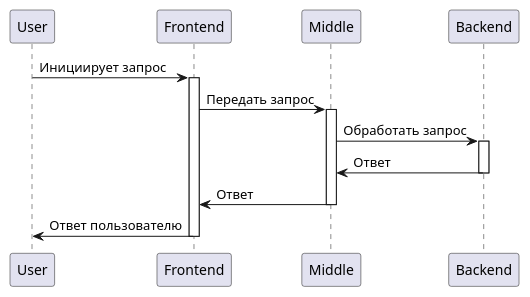
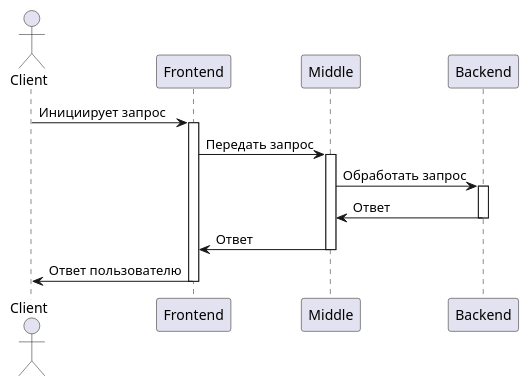
The diagram in README.md (gpb-it-factory/protasov-telegram-bot), drawn with PlantUML before and after one commit. The commit also changed 2 other files, not shown here.

Commit message:
Внесены исправления и добавлен .gitignore

````diff
--- a/README.md
+++ b/README.md
@@ -9,20 +9,20 @@
 ```plantuml
 @startuml
-participant User
+actor User as "Client"
 participant "Frontend" as Frontend
 participant "Middle" as Middle
 participant "Backend" as Backend
 User -> Frontend : Инициирует запрос
 activate Frontend
 Frontend -> Middle : Передать запрос
 activate Middle
 Middle -> Backend : Обработать запрос
 activate Backend
 Backend -> Middle : Ответ
 deactivate Backend
 Middle -> Frontend : Ответ
 deactivate Middle
 Frontend -> User : Ответ пользователю
 deactivate Frontend
 @enduml
 ```
````
